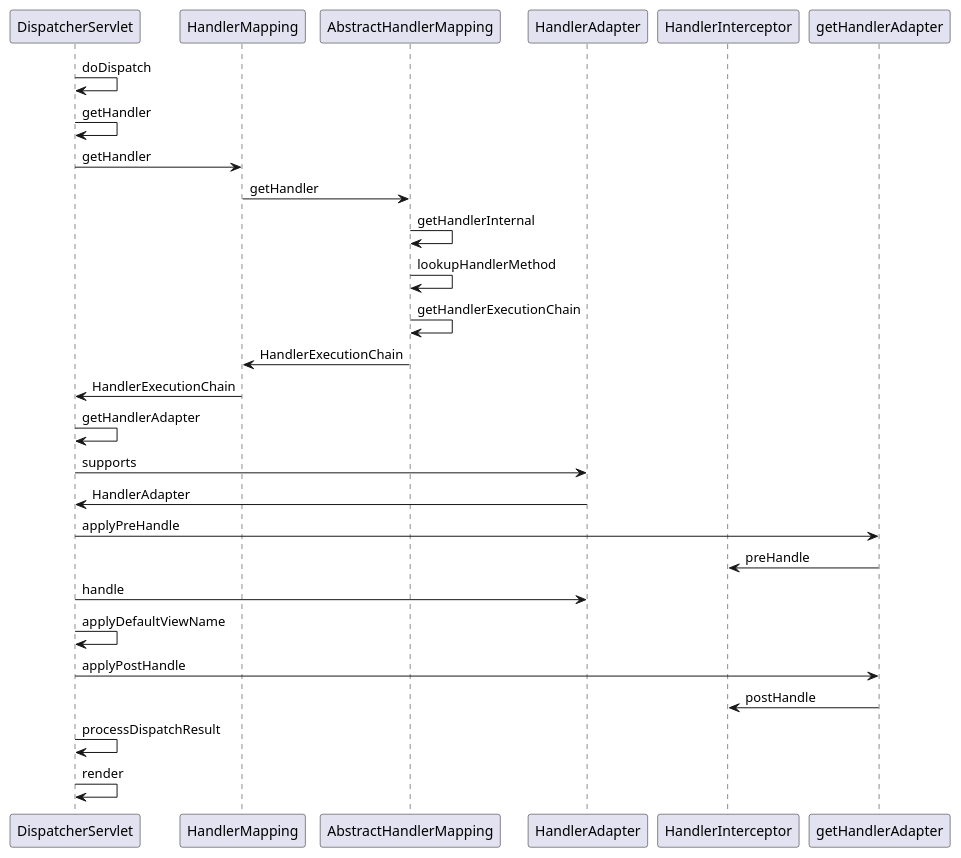
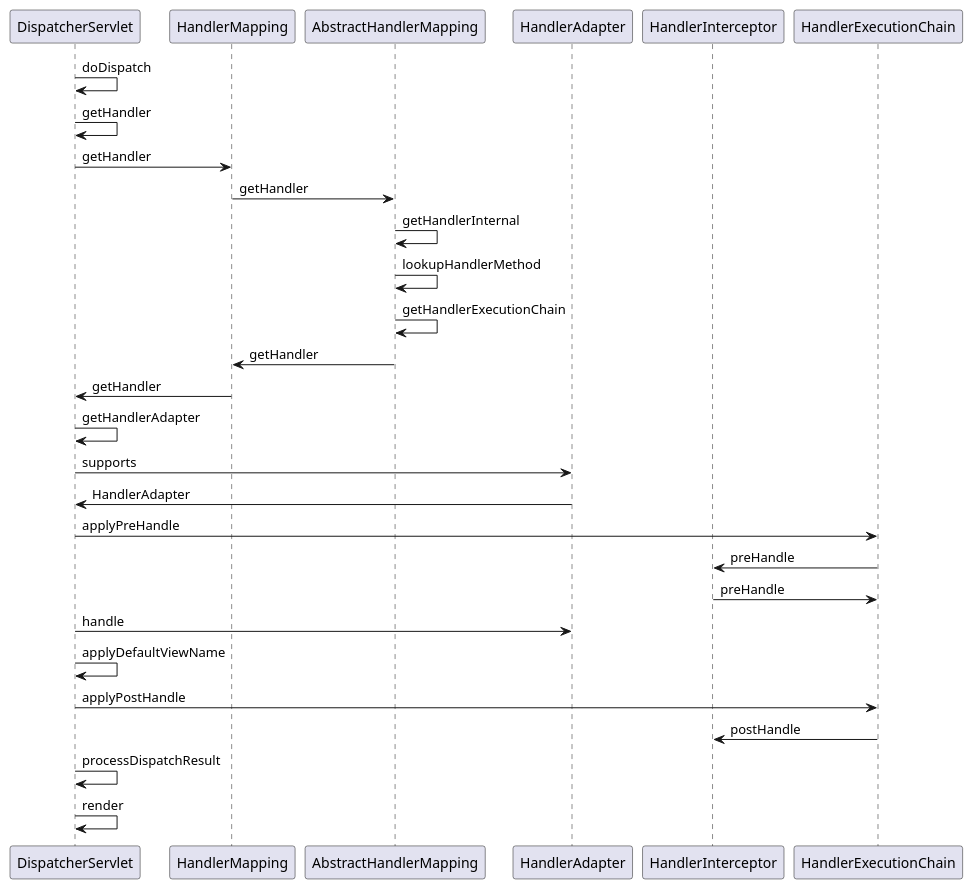
The diagram in src/main/java/com/example/boottest/plantuml/MVC.puml (brady-deng/boottest), drawn with PlantUML before and after one commit. The commit also changed 2 other files, not shown here.

```diff
--- a/src/main/java/com/example/boottest/plantuml/MVC.puml
+++ b/src/main/java/com/example/boottest/plantuml/MVC.puml
@@ -1,38 +1,39 @@
 @startuml
 participant DispatcherServlet as F1
 participant HandlerMapping as F2
 participant AbstractHandlerMapping as F3
 participant HandlerAdapter as F5
 participant HandlerInterceptor as F4
-participant getHandlerAdapter as F6
+participant HandlerExecutionChain as F6
 
 
 
 
 F1 -> F1 : doDispatch
 F1 -> F1 : getHandler
 F1 -> F2 : getHandler
 F2 -> F3 : getHandler
 F3 -> F3 : getHandlerInternal
 F3 -> F3 : lookupHandlerMethod
 F3 -> F3 : getHandlerExecutionChain
-F3 -> F2 : HandlerExecutionChain
-F2 -> F1 : HandlerExecutionChain
+F3 -> F2 : getHandler
+F2 -> F1 : getHandler
 F1 -> F1 : getHandlerAdapter
 F1 -> F5 : supports
 F5 -> F1 : HandlerAdapter
 F1 -> F6 : applyPreHandle
 F6 -> F4 : preHandle
+F4 -> F6 : preHandle
 F1 -> F5 : handle
 F1 -> F1 : applyDefaultViewName
 F1 -> F6 : applyPostHandle
 F6 -> F4 : postHandle
 F1 -> F1 : processDispatchResult
 F1 -> F1 : render
 
 
 
 
 
 
 @enduml
```
